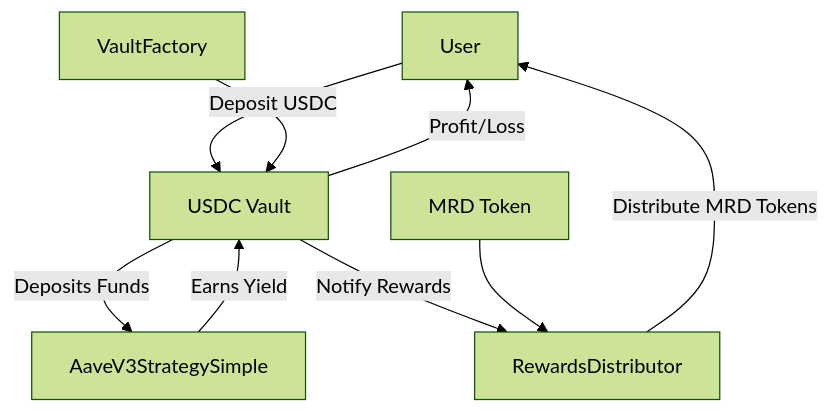
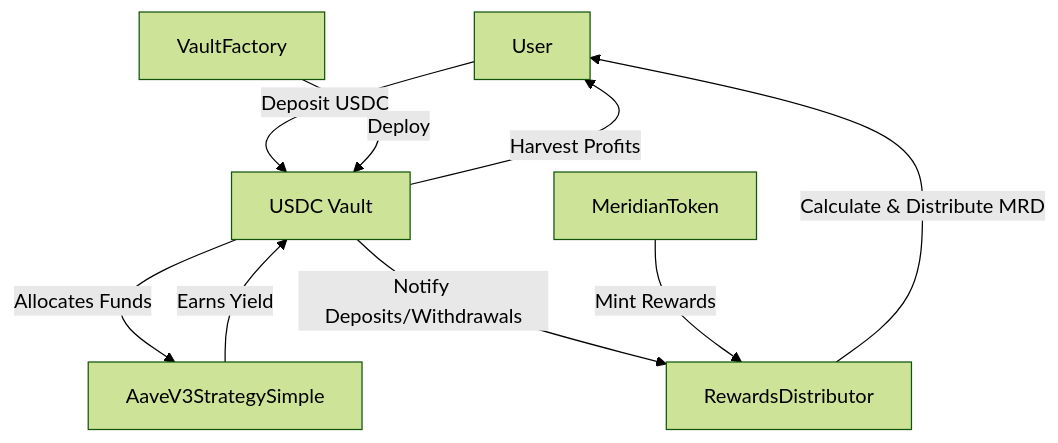
One commit to Kevil737/meridian-finance-yield-farming changed the diagram in README.md. Above: the diagram before and after it, drawn with Mermaid (forest theme). The commit also changed other lines of this file, not shown here.

````diff
--- a/README.md
+++ b/README.md
@@ -36,11 +37,11 @@
 ```mermaid
 flowchart TD
     A[User] -->|Deposit USDC| B[USDC Vault]
-    B -->|Deposits Funds| C[AaveV3StrategySimple]
+    B -->|Allocates Funds| C[AaveV3StrategySimple]
     C -->|Earns Yield| B
-    B -->|Profit/Loss| A
-    B -->|Notify Rewards| D[RewardsDistributor]
-    D -->|Distribute MRD Tokens| A
-    E[MRD Token] --> D
-    F[VaultFactory] --> B
+    B -->|Harvest Profits| A
+    B -->|Notify Deposits/Withdrawals| D[RewardsDistributor]
+    D -->|Calculate & Distribute MRD| A
+    E[MeridianToken] -->|Mint Rewards| D
+    F[VaultFactory] -->|Deploy| B
 ```
````
